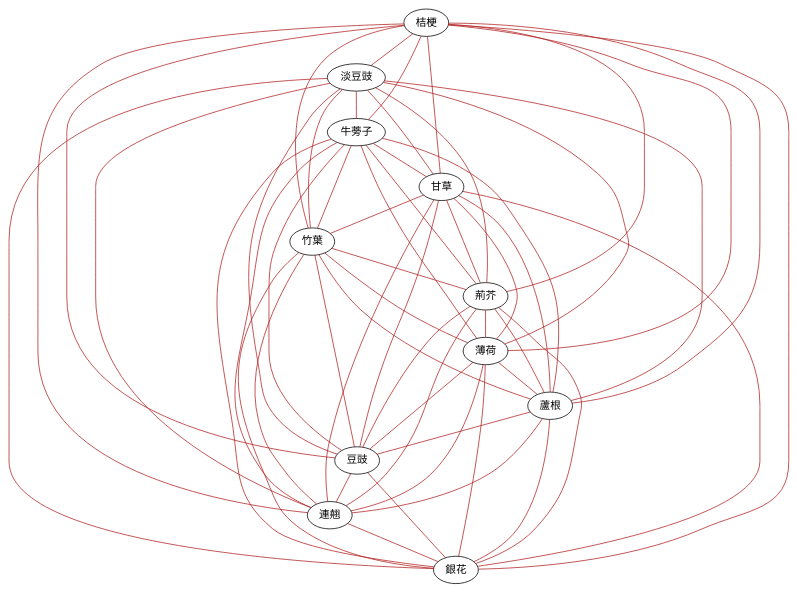
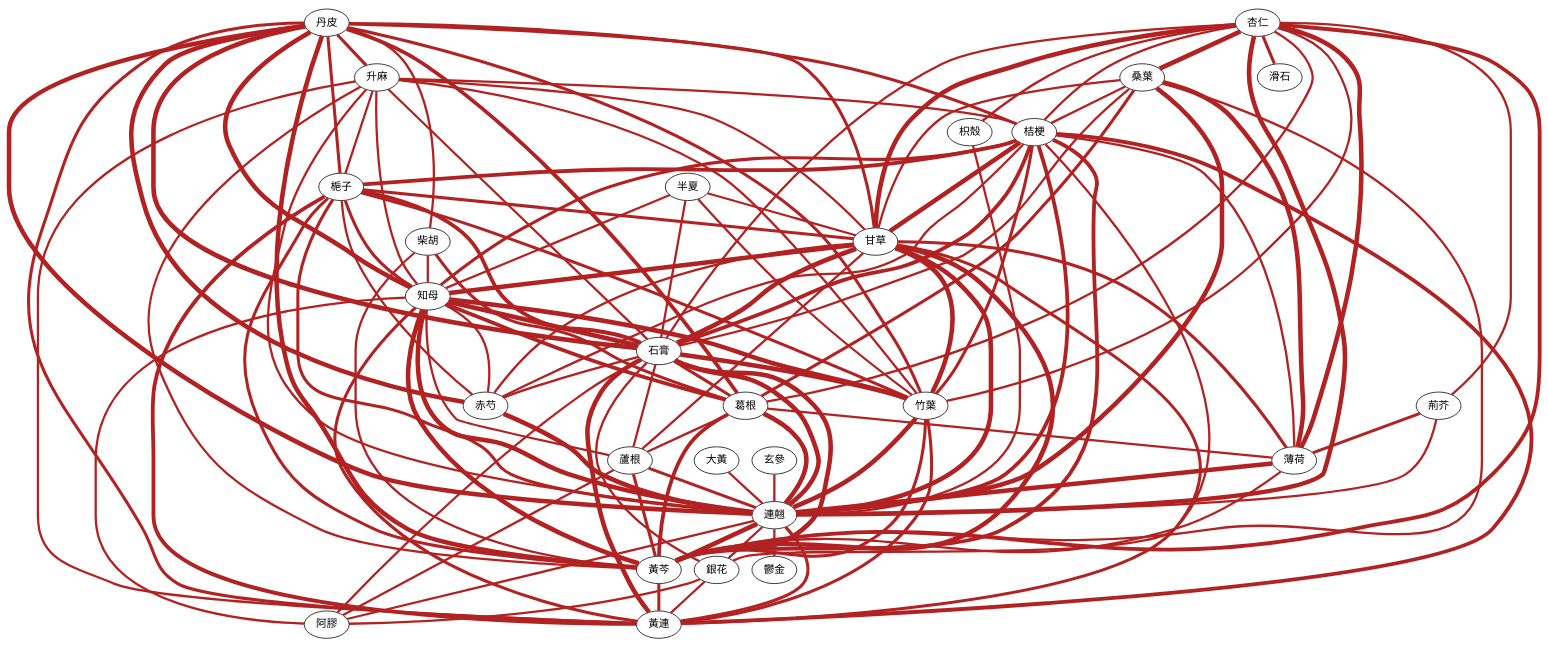
The diagram in data/disease/warm_disease/network.dot (pariskang/TCM-Hermes), drawn with Graphviz before and after one commit. The commit also changed 99 other files, not shown here.

```diff
--- a/data/disease/warm_disease/network.dot
+++ b/data/disease/warm_disease/network.dot
@@ -1,58 +1,123 @@
 graph herbs {
   node [shape=ellipse];
-  "桔梗" -- "淡豆豉" [penwidth=1 color="firebrick"];
-  "桔梗" -- "牛蒡子" [penwidth=1 color="firebrick"];
-  "桔梗" -- "甘草" [penwidth=1 color="firebrick"];
-  "桔梗" -- "竹葉" [penwidth=1 color="firebrick"];
-  "桔梗" -- "荊芥" [penwidth=1 color="firebrick"];
-  "桔梗" -- "薄荷" [penwidth=1 color="firebrick"];
-  "桔梗" -- "蘆根" [penwidth=1 color="firebrick"];
-  "桔梗" -- "豆豉" [penwidth=1 color="firebrick"];
-  "桔梗" -- "連翹" [penwidth=1 color="firebrick"];
-  "桔梗" -- "銀花" [penwidth=1 color="firebrick"];
-  "淡豆豉" -- "牛蒡子" [penwidth=1 color="firebrick"];
-  "淡豆豉" -- "甘草" [penwidth=1 color="firebrick"];
-  "淡豆豉" -- "竹葉" [penwidth=1 color="firebrick"];
-  "淡豆豉" -- "荊芥" [penwidth=1 color="firebrick"];
-  "淡豆豉" -- "薄荷" [penwidth=1 color="firebrick"];
-  "淡豆豉" -- "蘆根" [penwidth=1 color="firebrick"];
-  "淡豆豉" -- "豆豉" [penwidth=1 color="firebrick"];
-  "淡豆豉" -- "連翹" [penwidth=1 color="firebrick"];
-  "淡豆豉" -- "銀花" [penwidth=1 color="firebrick"];
-  "牛蒡子" -- "甘草" [penwidth=1 color="firebrick"];
-  "牛蒡子" -- "竹葉" [penwidth=1 color="firebrick"];
-  "牛蒡子" -- "荊芥" [penwidth=1 color="firebrick"];
-  "牛蒡子" -- "薄荷" [penwidth=1 color="firebrick"];
-  "牛蒡子" -- "蘆根" [penwidth=1 color="firebrick"];
-  "牛蒡子" -- "豆豉" [penwidth=1 color="firebrick"];
-  "牛蒡子" -- "連翹" [penwidth=1 color="firebrick"];
-  "牛蒡子" -- "銀花" [penwidth=1 color="firebrick"];
-  "甘草" -- "竹葉" [penwidth=1 color="firebrick"];
-  "甘草" -- "荊芥" [penwidth=1 color="firebrick"];
-  "甘草" -- "薄荷" [penwidth=1 color="firebrick"];
-  "甘草" -- "蘆根" [penwidth=1 color="firebrick"];
-  "甘草" -- "豆豉" [penwidth=1 color="firebrick"];
-  "甘草" -- "連翹" [penwidth=1 color="firebrick"];
-  "甘草" -- "銀花" [penwidth=1 color="firebrick"];
-  "竹葉" -- "荊芥" [penwidth=1 color="firebrick"];
-  "竹葉" -- "薄荷" [penwidth=1 color="firebrick"];
-  "竹葉" -- "蘆根" [penwidth=1 color="firebrick"];
-  "竹葉" -- "豆豉" [penwidth=1 color="firebrick"];
-  "竹葉" -- "連翹" [penwidth=1 color="firebrick"];
-  "竹葉" -- "銀花" [penwidth=1 color="firebrick"];
-  "荊芥" -- "薄荷" [penwidth=1 color="firebrick"];
-  "荊芥" -- "蘆根" [penwidth=1 color="firebrick"];
-  "荊芥" -- "豆豉" [penwidth=1 color="firebrick"];
-  "荊芥" -- "連翹" [penwidth=1 color="firebrick"];
-  "荊芥" -- "銀花" [penwidth=1 color="firebrick"];
-  "薄荷" -- "蘆根" [penwidth=1 color="firebrick"];
-  "薄荷" -- "豆豉" [penwidth=1 color="firebrick"];
-  "薄荷" -- "連翹" [penwidth=1 color="firebrick"];
-  "薄荷" -- "銀花" [penwidth=1 color="firebrick"];
-  "蘆根" -- "豆豉" [penwidth=1 color="firebrick"];
-  "蘆根" -- "連翹" [penwidth=1 color="firebrick"];
-  "蘆根" -- "銀花" [penwidth=1 color="firebrick"];
-  "豆豉" -- "連翹" [penwidth=1 color="firebrick"];
-  "豆豉" -- "銀花" [penwidth=1 color="firebrick"];
-  "連翹" -- "銀花" [penwidth=1 color="firebrick"];
+  "杏仁" -- "連翹" [penwidth=6 color="firebrick"];
+  "知母" -- "石膏" [penwidth=6 color="firebrick"];
+  "竹葉" -- "連翹" [penwidth=6 color="firebrick"];
+  "杏仁" -- "薄荷" [penwidth=6 color="firebrick"];
+  "薄荷" -- "連翹" [penwidth=6 color="firebrick"];
+  "桔梗" -- "甘草" [penwidth=6 color="firebrick"];
+  "甘草" -- "竹葉" [penwidth=6 color="firebrick"];
+  "甘草" -- "連翹" [penwidth=6 color="firebrick"];
+  "石膏" -- "竹葉" [penwidth=6 color="firebrick"];
+  "石膏" -- "連翹" [penwidth=6 color="firebrick"];
+  "連翹" -- "黃芩" [penwidth=6 color="firebrick"];
+  "桑葉" -- "連翹" [penwidth=6 color="firebrick"];
+  "甘草" -- "知母" [penwidth=6 color="firebrick"];
+  "甘草" -- "石膏" [penwidth=6 color="firebrick"];
+  "知母" -- "竹葉" [penwidth=6 color="firebrick"];
+  "葛根" -- "連翹" [penwidth=6 color="firebrick"];
+  "桑葉" -- "薄荷" [penwidth=6 color="firebrick"];
+  "杏仁" -- "桑葉" [penwidth=6 color="firebrick"];
+  "甘草" -- "黃芩" [penwidth=6 color="firebrick"];
+  "赤芍" -- "連翹" [penwidth=6 color="firebrick"];
+  "丹皮" -- "連翹" [penwidth=6 color="firebrick"];
+  "石膏" -- "黃芩" [penwidth=6 color="firebrick"];
+  "知母" -- "連翹" [penwidth=6 color="firebrick"];
+  "杏仁" -- "甘草" [penwidth=6 color="firebrick"];
+  "丹皮" -- "知母" [penwidth=6 color="firebrick"];
+  "丹皮" -- "石膏" [penwidth=6 color="firebrick"];
+  "丹皮" -- "黃芩" [penwidth=6 color="firebrick"];
+  "知母" -- "黃芩" [penwidth=6 color="firebrick"];
+  "石膏" -- "黃連" [penwidth=6 color="firebrick"];
+  "丹皮" -- "赤芍" [penwidth=6 color="firebrick"];
+  "葛根" -- "黃芩" [penwidth=5 color="firebrick"];
+  "桔梗" -- "梔子" [penwidth=5 color="firebrick"];
+  "知母" -- "葛根" [penwidth=5 color="firebrick"];
+  "杏仁" -- "黃芩" [penwidth=5 color="firebrick"];
+  "桔梗" -- "連翹" [penwidth=5 color="firebrick"];
+  "桔梗" -- "石膏" [penwidth=5 color="firebrick"];
+  "桔梗" -- "黃芩" [penwidth=5 color="firebrick"];
+  "桔梗" -- "黃連" [penwidth=5 color="firebrick"];
+  "梔子" -- "石膏" [penwidth=5 color="firebrick"];
+  "梔子" -- "黃連" [penwidth=5 color="firebrick"];
+  "丹皮" -- "葛根" [penwidth=5 color="firebrick"];
+  "蘆根" -- "連翹" [penwidth=4 color="firebrick"];
+  "蘆根" -- "黃芩" [penwidth=4 color="firebrick"];
+  "杏仁" -- "滑石" [penwidth=4 color="firebrick"];
+  "甘草" -- "薄荷" [penwidth=4 color="firebrick"];
+  "柴胡" -- "葛根" [penwidth=4 color="firebrick"];
+  "桑葉" -- "葛根" [penwidth=4 color="firebrick"];
+  "荊芥" -- "薄荷" [penwidth=4 color="firebrick"];
+  "丹皮" -- "升麻" [penwidth=4 color="firebrick"];
+  "丹皮" -- "桔梗" [penwidth=4 color="firebrick"];
+  "丹皮" -- "梔子" [penwidth=4 color="firebrick"];
+  "丹皮" -- "甘草" [penwidth=4 color="firebrick"];
+  "丹皮" -- "竹葉" [penwidth=4 color="firebrick"];
+  "丹皮" -- "黃連" [penwidth=4 color="firebrick"];
+  "桔梗" -- "知母" [penwidth=4 color="firebrick"];
+  "桔梗" -- "竹葉" [penwidth=4 color="firebrick"];
+  "梔子" -- "甘草" [penwidth=4 color="firebrick"];
+  "梔子" -- "知母" [penwidth=4 color="firebrick"];
+  "梔子" -- "竹葉" [penwidth=4 color="firebrick"];
+  "梔子" -- "連翹" [penwidth=4 color="firebrick"];
+  "梔子" -- "黃芩" [penwidth=4 color="firebrick"];
+  "甘草" -- "黃連" [penwidth=4 color="firebrick"];
+  "知母" -- "黃連" [penwidth=4 color="firebrick"];
+  "竹葉" -- "黃芩" [penwidth=4 color="firebrick"];
+  "竹葉" -- "黃連" [penwidth=4 color="firebrick"];
+  "連翹" -- "黃連" [penwidth=4 color="firebrick"];
+  "黃芩" -- "黃連" [penwidth=4 color="firebrick"];
+  "石膏" -- "葛根" [penwidth=4 color="firebrick"];
+  "知母" -- "蘆根" [penwidth=3 color="firebrick"];
+  "知母" -- "阿膠" [penwidth=3 color="firebrick"];
+  "石膏" -- "蘆根" [penwidth=3 color="firebrick"];
+  "石膏" -- "阿膠" [penwidth=3 color="firebrick"];
+  "蘆根" -- "阿膠" [penwidth=3 color="firebrick"];
+  "甘草" -- "蘆根" [penwidth=3 color="firebrick"];
+  "葛根" -- "蘆根" [penwidth=3 color="firebrick"];
+  "杏仁" -- "枳殼" [penwidth=3 color="firebrick"];
+  "杏仁" -- "竹葉" [penwidth=3 color="firebrick"];
+  "桑葉" -- "桔梗" [penwidth=3 color="firebrick"];
+  "桔梗" -- "薄荷" [penwidth=3 color="firebrick"];
+  "桑葉" -- "甘草" [penwidth=3 color="firebrick"];
+  "桑葉" -- "黃芩" [penwidth=3 color="firebrick"];
+  "薄荷" -- "黃芩" [penwidth=3 color="firebrick"];
+  "杏仁" -- "葛根" [penwidth=3 color="firebrick"];
+  "柴胡" -- "黃芩" [penwidth=3 color="firebrick"];
+  "葛根" -- "薄荷" [penwidth=3 color="firebrick"];
+  "枳殼" -- "連翹" [penwidth=3 color="firebrick"];
+  "杏仁" -- "桔梗" [penwidth=3 color="firebrick"];
+  "杏仁" -- "荊芥" [penwidth=3 color="firebrick"];
+  "荊芥" -- "連翹" [penwidth=3 color="firebrick"];
+  "丹皮" -- "柴胡" [penwidth=3 color="firebrick"];
+  "桑葉" -- "石膏" [penwidth=3 color="firebrick"];
+  "連翹" -- "鬱金" [penwidth=3 color="firebrick"];
+  "大黃" -- "連翹" [penwidth=3 color="firebrick"];
+  "升麻" -- "桔梗" [penwidth=3 color="firebrick"];
+  "升麻" -- "梔子" [penwidth=3 color="firebrick"];
+  "升麻" -- "甘草" [penwidth=3 color="firebrick"];
+  "升麻" -- "知母" [penwidth=3 color="firebrick"];
+  "升麻" -- "石膏" [penwidth=3 color="firebrick"];
+  "升麻" -- "竹葉" [penwidth=3 color="firebrick"];
+  "升麻" -- "連翹" [penwidth=3 color="firebrick"];
+  "升麻" -- "黃芩" [penwidth=3 color="firebrick"];
+  "升麻" -- "黃連" [penwidth=3 color="firebrick"];
+  "半夏" -- "甘草" [penwidth=3 color="firebrick"];
+  "半夏" -- "知母" [penwidth=3 color="firebrick"];
+  "半夏" -- "石膏" [penwidth=3 color="firebrick"];
+  "半夏" -- "竹葉" [penwidth=3 color="firebrick"];
+  "杏仁" -- "石膏" [penwidth=3 color="firebrick"];
+  "柴胡" -- "知母" [penwidth=3 color="firebrick"];
+  "桔梗" -- "銀花" [penwidth=3 color="firebrick"];
+  "玄參" -- "連翹" [penwidth=3 color="firebrick"];
+  "石膏" -- "銀花" [penwidth=3 color="firebrick"];
+  "連翹" -- "銀花" [penwidth=3 color="firebrick"];
+  "連翹" -- "阿膠" [penwidth=3 color="firebrick"];
+  "銀花" -- "阿膠" [penwidth=3 color="firebrick"];
+  "銀花" -- "黃連" [penwidth=3 color="firebrick"];
+  "桔梗" -- "赤芍" [penwidth=3 color="firebrick"];
+  "梔子" -- "赤芍" [penwidth=3 color="firebrick"];
+  "甘草" -- "赤芍" [penwidth=3 color="firebrick"];
+  "知母" -- "赤芍" [penwidth=3 color="firebrick"];
+  "石膏" -- "赤芍" [penwidth=3 color="firebrick"];
 }
```
